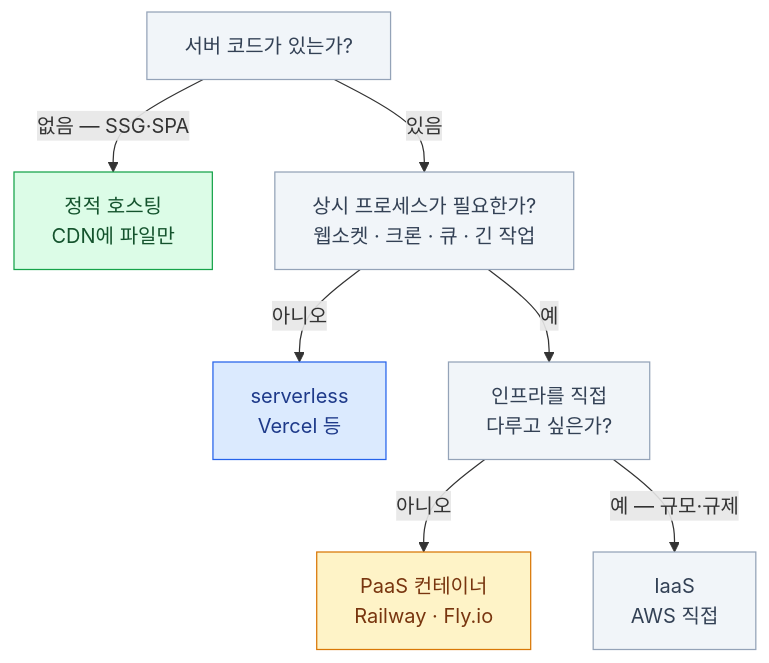
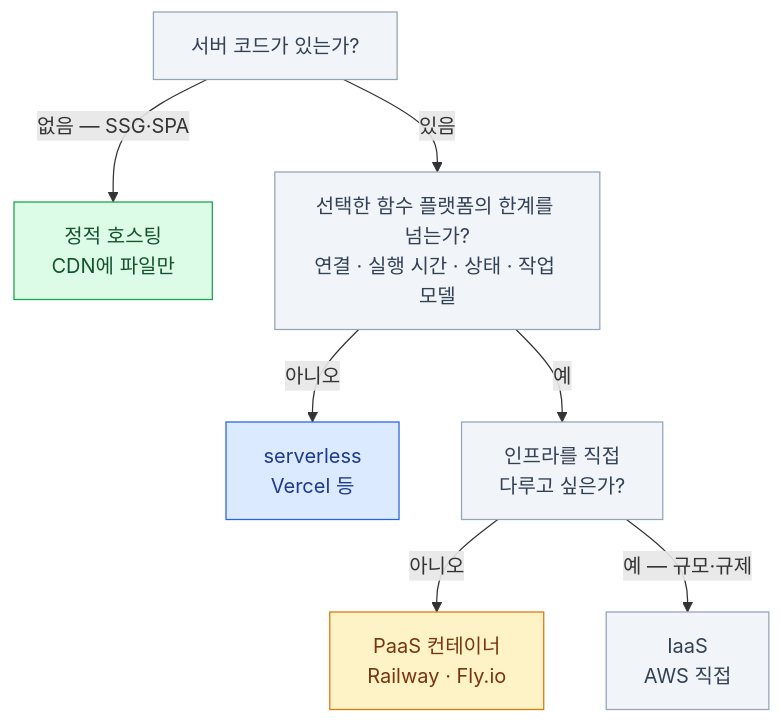
One commit to mechurak/study-starlight changed the diagram in src/content/docs/web/12-deploy.mdx. Above: the diagram before and after it, drawn with Mermaid. The commit also changed other lines of this file and 27 other files, not shown here.

````diff
--- a/src/content/docs/web/12-deploy.mdx
+++ b/src/content/docs/web/12-deploy.mdx
@@ -32,18 +33,18 @@
 ```mermaid
 flowchart TB
     Q1["서버 코드가 있는가?"] -->|"없음 — SSG·SPA"| ST["정적 호스팅<br/>CDN에 파일만"]
-    Q1 -->|"있음"| Q2["상시 프로세스가 필요한가?<br/>웹소켓 · 크론 · 큐 · 긴 작업"]
+    Q1 -->|"있음"| Q2["선택한 함수 플랫폼의 한계를 넘는가?<br/>연결 · 실행 시간 · 상태 · 작업 모델"]
     Q2 -->|"아니오"| SL["serverless<br/>Vercel 등"]
     Q2 -->|"예"| Q3["인프라를 직접<br/>다루고 싶은가?"]
     Q3 -->|"아니오"| PA["PaaS 컨테이너<br/>Railway · Fly.io"]
     Q3 -->|"예 — 규모·규제"| IA["IaaS<br/>AWS 직접"]
 
     classDef ok   fill:#dcfce7,stroke:#16a34a,color:#14532d
     classDef key  fill:#dbeafe,stroke:#2563eb,color:#1e3a8a
     classDef warn fill:#fef3c7,stroke:#d97706,color:#78350f
     classDef mute fill:#f1f5f9,stroke:#94a3b8,color:#334155
     class ST ok
     class SL key
     class PA warn
     class IA,Q1,Q2,Q3 mute
 ```
````
